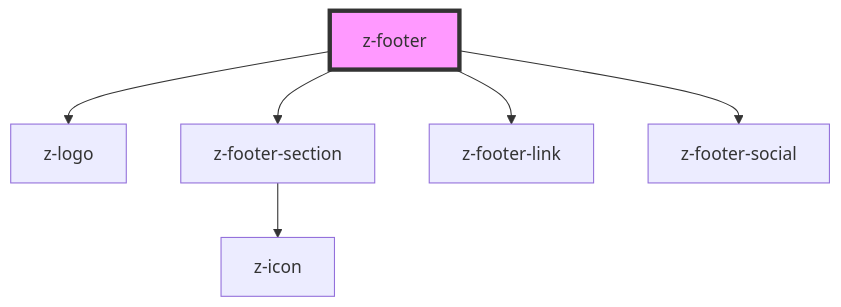
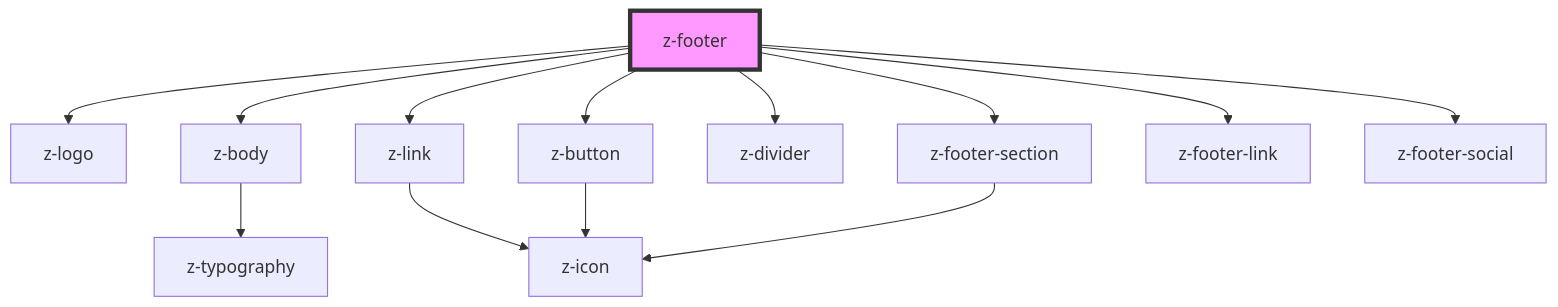
Before and after one commit to ZanichelliEditore/design-system: the diagram in src/components/footer/z-footer/readme.md, drawn with Mermaid. The commit also changed other lines of this file and 13 other files, not shown here.

````diff
--- a/src/components/footer/z-footer/readme.md
+++ b/src/components/footer/z-footer/readme.md
@@ -35,9 +49,16 @@
 ```mermaid
 graph TD;
   z-footer --> z-logo
+  z-footer --> z-body
+  z-footer --> z-link
+  z-footer --> z-button
+  z-footer --> z-divider
   z-footer --> z-footer-section
   z-footer --> z-footer-link
   z-footer --> z-footer-social
+  z-body --> z-typography
+  z-link --> z-icon
+  z-button --> z-icon
   z-footer-section --> z-icon
   style z-footer fill:#f9f,stroke:#333,stroke-width:4px
 ```
````
